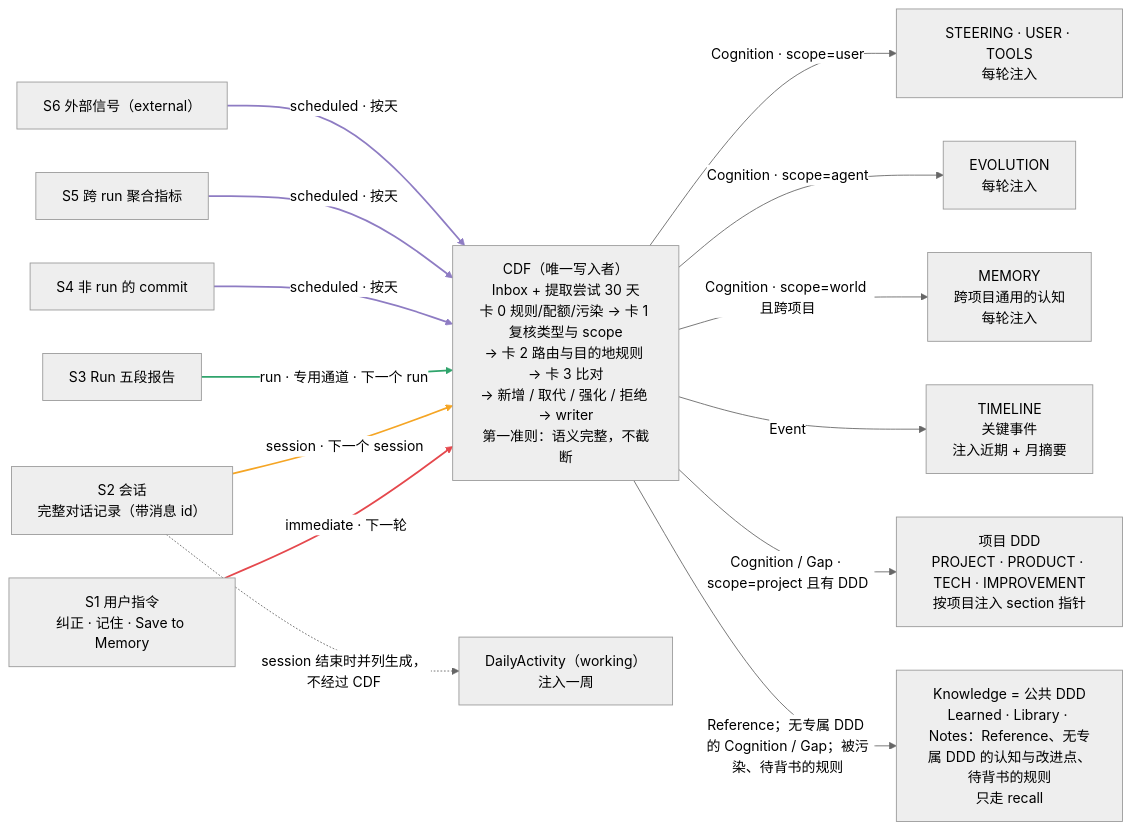
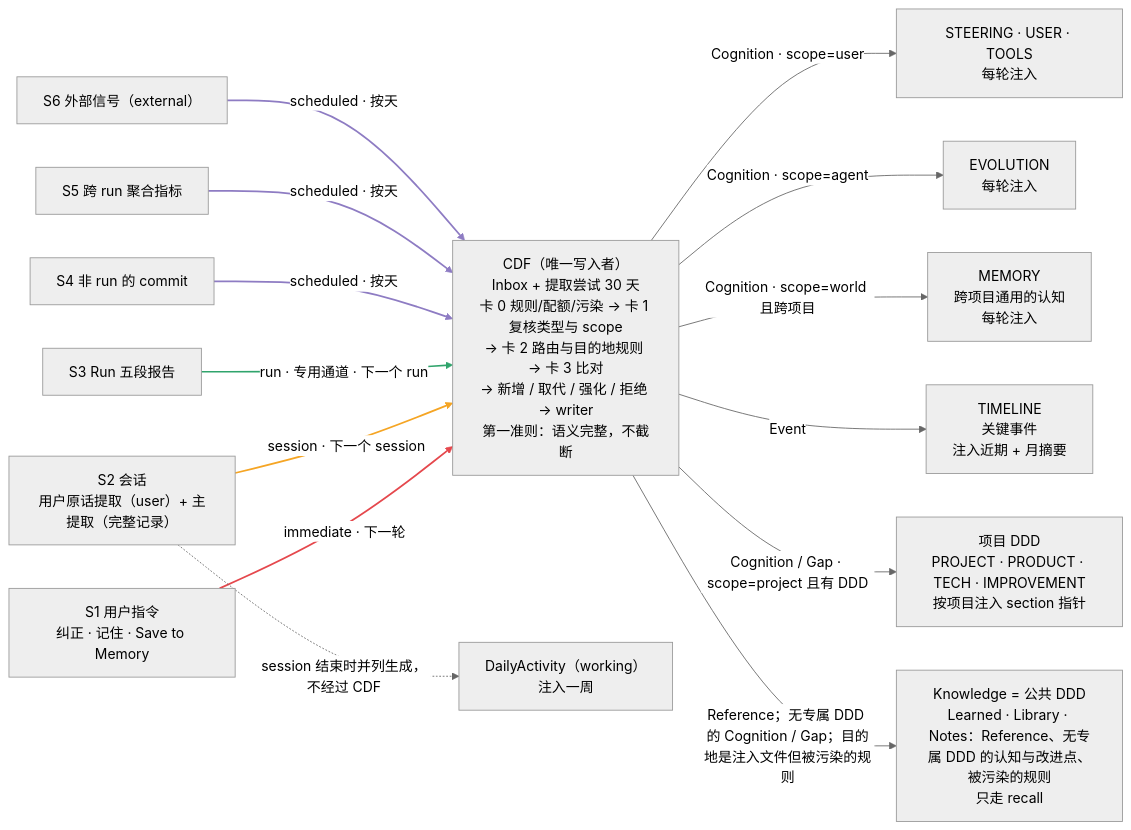
One commit to xg-gh-25/SwarmAI changed the second of 2 diagrams in docs/design/2026-10-26-swarm-cognitive-distillation-flow.md. Above: the diagram before and after it, drawn with Mermaid (neutral theme). The commit also changed other lines of this file, not shown here.

Commit message:
docs(design): CDF r16.3 round 2 - S2 user-utterance pass, tainted rules reroute to common DDD, link rules, card 0 fixes, TIMELINE privacy

````diff
--- a/docs/design/2026-10-26-swarm-cognitive-distillation-flow.md
+++ b/docs/design/2026-10-26-swarm-cognitive-distillation-flow.md
@@ -558,40 +567,40 @@
 ```mermaid
 flowchart LR
   S1["S1 用户指令<br/>纠正 · 记住 · Save to Memory"]
-  S2["S2 会话<br/>完整对话记录（带消息 id）"]
+  S2["S2 会话<br/>用户原话提取（user）+ 主提取（完整记录）"]
   S3["S3 Run 五段报告"]
   S4["S4 非 run 的 commit"]
   S5["S5 跨 run 聚合指标"]
   S6["S6 外部信号（external）"]
 
   CDF["CDF（唯一写入者）<br/>Inbox + 提取尝试 30 天<br/>卡 0 规则/配额/污染 → 卡 1 复核类型与 scope<br/>→ 卡 2 路由与目的地规则 → 卡 3 比对<br/>→ 新增 / 取代 / 强化 / 拒绝 → writer<br/>第一准则：语义完整，不截断"]
 
   CTX["STEERING · USER · TOOLS<br/>每轮注入"]
   EVO["EVOLUTION<br/>每轮注入"]
   MEM["MEMORY<br/>跨项目通用的认知<br/>每轮注入"]
   TL["TIMELINE<br/>关键事件<br/>注入近期 + 月摘要"]
   DDD["项目 DDD<br/>PROJECT · PRODUCT · TECH · IMPROVEMENT<br/>按项目注入 section 指针"]
-  KN["Knowledge = 公共 DDD<br/>Learned · Library · Notes：Reference、无专属 DDD 的认知与改进点、待背书的规则<br/>只走 recall"]
+  KN["Knowledge = 公共 DDD<br/>Learned · Library · Notes：Reference、无专属 DDD 的认知与改进点、被污染的规则<br/>只走 recall"]
   DA["DailyActivity（working）<br/>注入一周"]
 
   S1 -->|"immediate · 下一轮"| CDF
   S2 -->|"session · 下一个 session"| CDF
   S3 -->|"run · 专用通道 · 下一个 run"| CDF
   S4 -->|"scheduled · 按天"| CDF
   S5 -->|"scheduled · 按天"| CDF
   S6 -->|"scheduled · 按天"| CDF
 
   CDF -->|"Cognition · scope=user"| CTX
   CDF -->|"Cognition · scope=agent"| EVO
   CDF -->|"Cognition · scope=world 且跨项目"| MEM
   CDF -->|Event| TL
   CDF -->|"Cognition / Gap · scope=project 且有 DDD"| DDD
-  CDF -->|"Reference；无专属 DDD 的 Cognition / Gap；被污染、待背书的规则"| KN
+  CDF -->|"Reference；无专属 DDD 的 Cognition / Gap；目的地是注入文件但被污染的规则"| KN
 
   S2 -.->|"session 结束时并列生成，不经过 CDF"| DA
 
   linkStyle 0 stroke:#e5484d,stroke-width:2px
   linkStyle 1 stroke:#f5a524,stroke-width:2px
   linkStyle 2 stroke:#30a46c,stroke-width:2px
   linkStyle 3,4,5 stroke:#8e7cc3,stroke-width:2px
 ```
````
